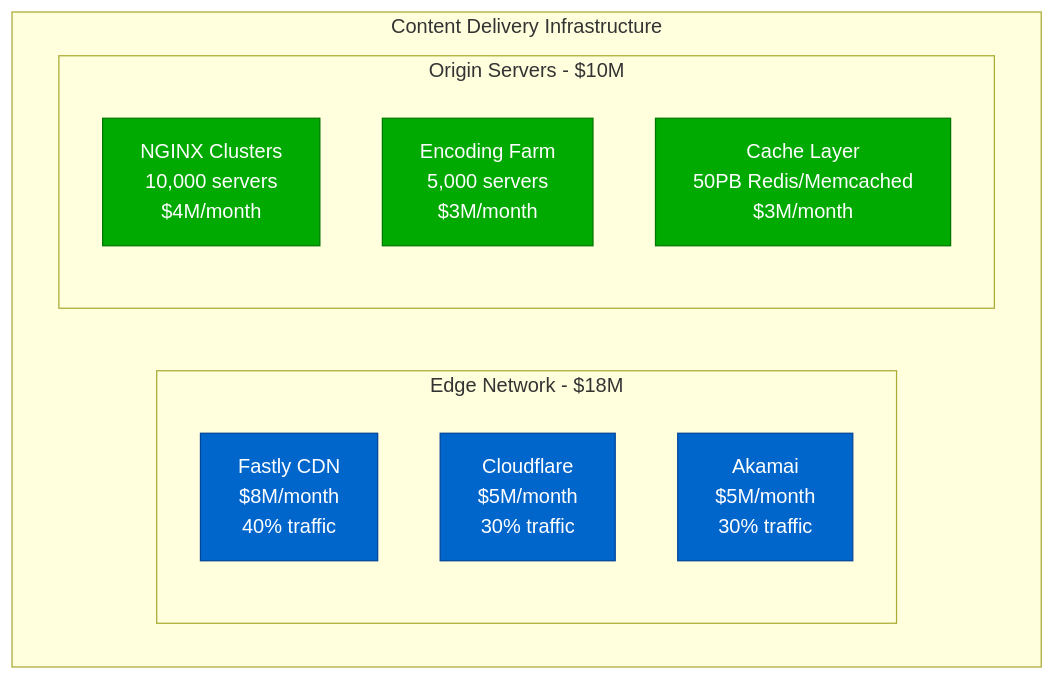
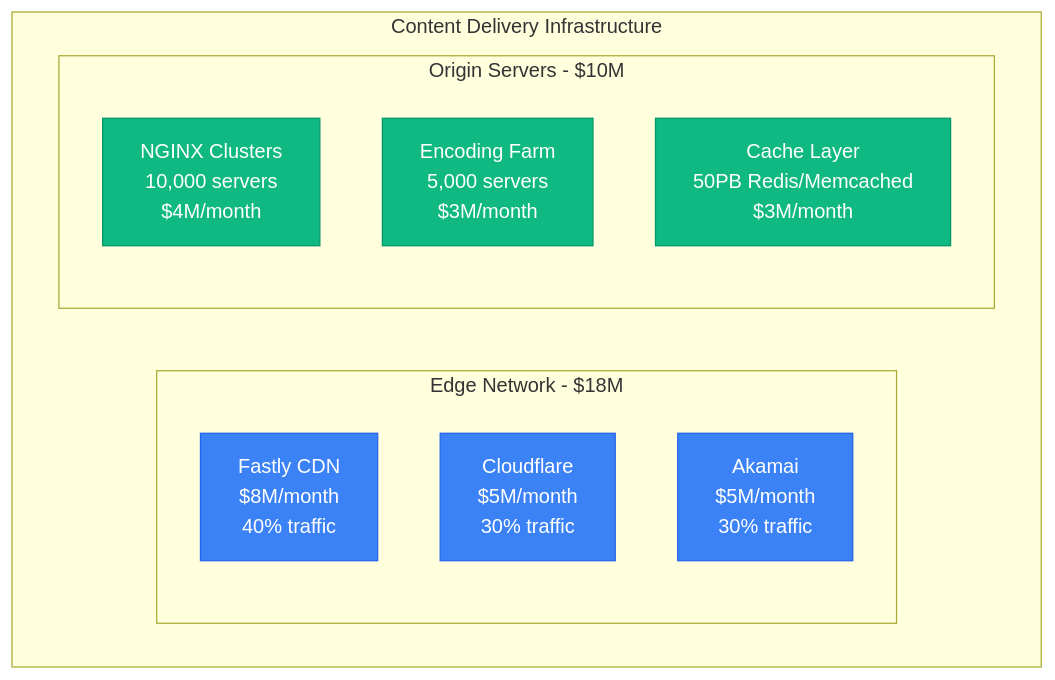
Before and after one commit to deepaucksharma/DS: the second of 9 diagrams in site/docs/costs/spotify-infrastructure-breakdown.md, drawn with Mermaid. The commit also changed other lines of this file and 303 other files, not shown here.

````diff
--- a/site/docs/costs/spotify-infrastructure-breakdown.md
+++ b/site/docs/costs/spotify-infrastructure-breakdown.md
@@ -35,23 +35,23 @@
 ```mermaid
 graph TB
     subgraph StreamingInfra[Content Delivery Infrastructure]
         subgraph EdgeNetwork[Edge Network - $18M]
             FASTLY[Fastly CDN<br/>$8M/month<br/>40% traffic]
             CLOUDFLARE[Cloudflare<br/>$5M/month<br/>30% traffic]
             AKAMAI[Akamai<br/>$5M/month<br/>30% traffic]
         end
 
         subgraph StreamingServers[Origin Servers - $10M]
             NGINX[NGINX Clusters<br/>10,000 servers<br/>$4M/month]
             ENCODING[Encoding Farm<br/>5,000 servers<br/>$3M/month]
             CACHE[Cache Layer<br/>50PB Redis/Memcached<br/>$3M/month]
         end
     end
 
     %% Apply colors
-    classDef edgeStyle fill:#0066CC,stroke:#004499,color:#fff
-    classDef serverStyle fill:#00AA00,stroke:#007700,color:#fff
+    classDef edgeStyle fill:#3B82F6,stroke:#2563EB,color:#fff
+    classDef serverStyle fill:#10B981,stroke:#059669,color:#fff
 
     class FASTLY,CLOUDFLARE,AKAMAI edgeStyle
     class NGINX,ENCODING,CACHE serverStyle
 ```
````
